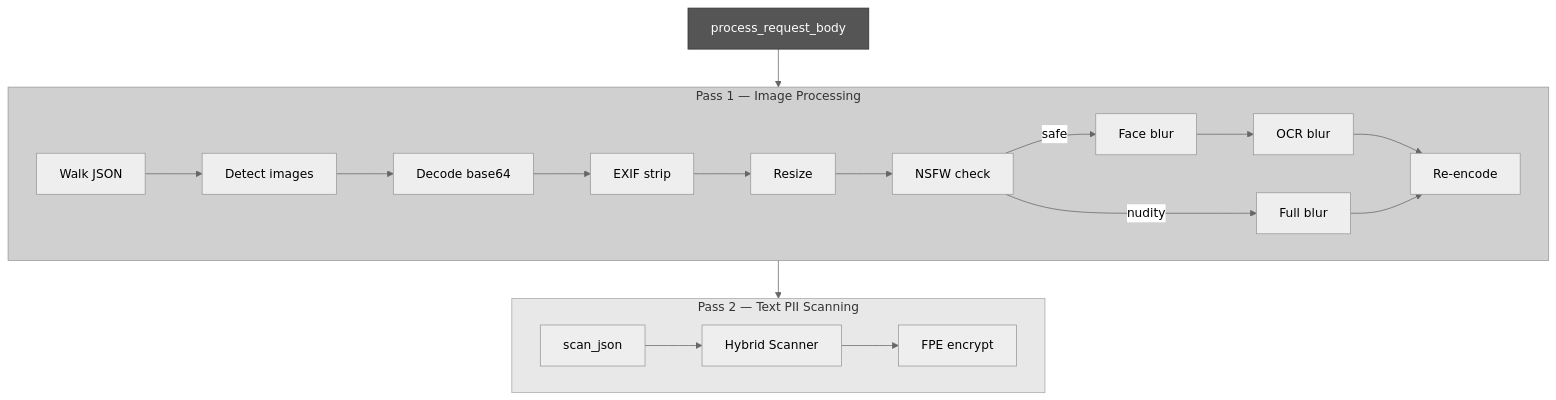
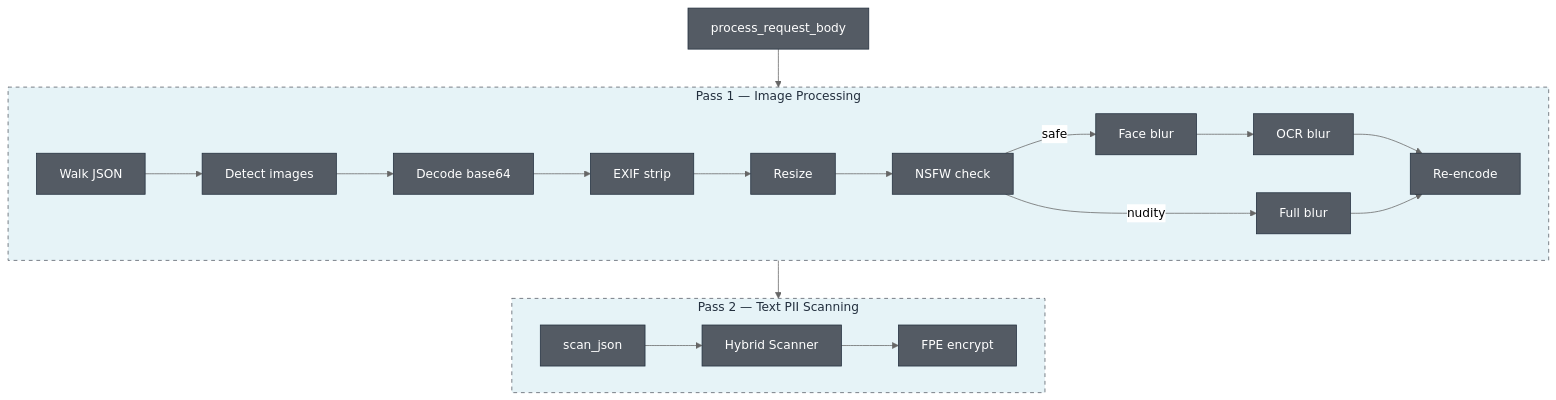
Diagram 14 of 14 in ARCHITECTURE.md (OpenObscure/OpenObscure), drawn with Mermaid (neutral theme) before and after one commit. The commit also changed other lines of this file and 3 other files, not shown here.

First line of the commit message:
Apply consistent color palette across all mermaid diagrams

````diff
--- a/ARCHITECTURE.md
+++ b/ARCHITECTURE.md
@@ -630,31 +649,44 @@
 ```mermaid
 flowchart TB
     entry["process_request_body"]
 
     subgraph pass1 ["Pass 1 — Image Processing"]
         direction LR
         walk["Walk JSON"] --> detect["Detect images"]
         detect --> decode["Decode base64"]
         decode --> exif["EXIF strip"]
         exif --> resize["Resize"]
         resize --> nsfw["NSFW check"]
         nsfw -->|"safe"| face["Face blur"]
         nsfw -->|"nudity"| fullblur["Full blur"]
         face --> ocr["OCR blur"]
         ocr --> encode["Re-encode"]
         fullblur --> encode
     end
 
     subgraph pass2 ["Pass 2 — Text PII Scanning"]
         direction LR
         scan["scan_json"] --> match["Hybrid Scanner"]
         match --> encrypt["FPE encrypt"]
     end
 
     entry --> pass1
     pass1 --> pass2
 
-    style entry fill:#555,stroke:#333,color:#fff
-    style pass1 fill:#d0d0d0,stroke:#999,color:#333
-    style pass2 fill:#e8e8e8,stroke:#aaa,color:#333
+    style entry fill:#545b64,stroke:#232F3E,color:#fff
+    style pass1 fill:#e6f3f7,stroke:#545b64,stroke-dasharray: 5 5,color:#232F3E
+    style pass2 fill:#e6f3f7,stroke:#545b64,stroke-dasharray: 5 5,color:#232F3E
+    style walk fill:#545b64,stroke:#232F3E,color:#fff
+    style detect fill:#545b64,stroke:#232F3E,color:#fff
+    style decode fill:#545b64,stroke:#232F3E,color:#fff
+    style exif fill:#545b64,stroke:#232F3E,color:#fff
+    style resize fill:#545b64,stroke:#232F3E,color:#fff
+    style nsfw fill:#545b64,stroke:#232F3E,color:#fff
+    style face fill:#545b64,stroke:#232F3E,color:#fff
+    style fullblur fill:#545b64,stroke:#232F3E,color:#fff
+    style ocr fill:#545b64,stroke:#232F3E,color:#fff
+    style encode fill:#545b64,stroke:#232F3E,color:#fff
+    style scan fill:#545b64,stroke:#232F3E,color:#fff
+    style match fill:#545b64,stroke:#232F3E,color:#fff
+    style encrypt fill:#545b64,stroke:#232F3E,color:#fff
 ```
````
